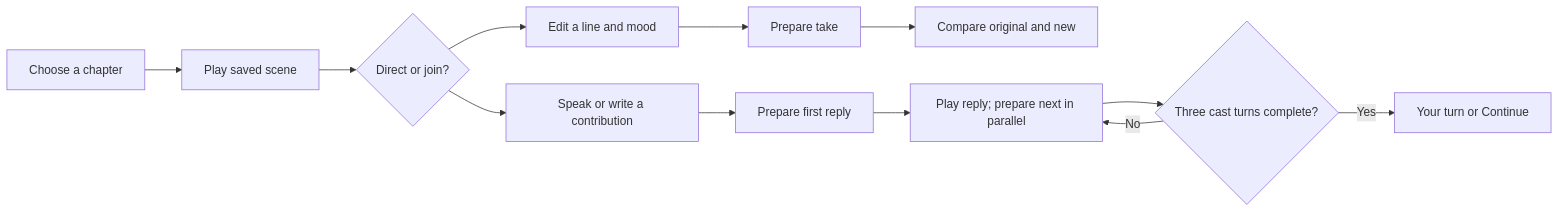
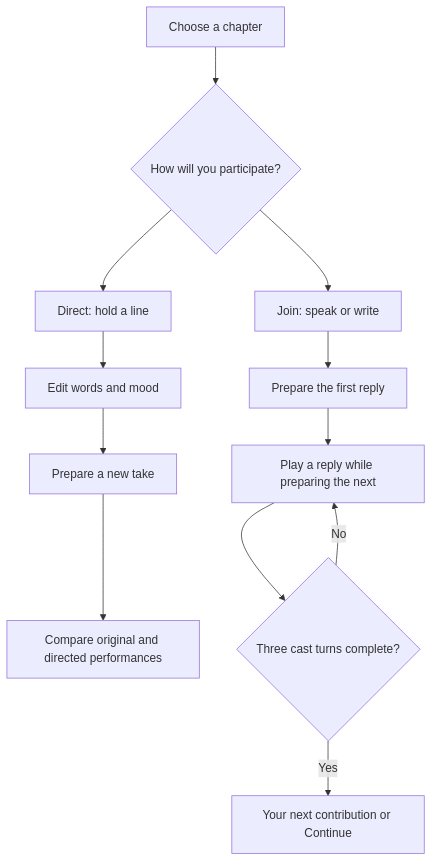
Before and after one commit to navdeepsingh1609/Tales-of-the-Lantern: the second of 2 diagrams in README.md, drawn with Mermaid. The commit also changed other lines of this file, not shown here.

Commit message:
Clarify project overview and architecture

````diff
--- a/README.md
+++ b/README.md
@@ -41,11 +48,13 @@
 ```mermaid
-flowchart LR
-    CH["Choose a chapter"] --> PLAY["Play saved scene"]
-    PLAY --> ROLE{"Direct or join?"}
-    ROLE --> DIRECT["Edit a line and mood"] --> TAKE["Prepare take"] --> COMPARE["Compare original and new"]
-    ROLE --> JOIN["Speak or write a contribution"] --> FIRST["Prepare first reply"]
-    FIRST --> NEXT["Play reply; prepare next in parallel"]
-    NEXT --> DONE{"Three cast turns complete?"}
-    DONE -->|"No"| NEXT
-    DONE -->|"Yes"| TURN["Your turn or Continue"]
+flowchart TD
+    START["Choose a chapter"] --> ROLE{"How will you participate?"}
+    ROLE --> DIRECT["Direct: hold a line"]
+    DIRECT --> EDIT["Edit words and mood"] --> TAKE["Prepare a new take"]
+    TAKE --> COMPARE["Compare original and directed performances"]
+    ROLE --> JOIN["Join: speak or write"]
+    JOIN --> FIRST["Prepare the first reply"]
+    FIRST --> PLAY["Play a reply while preparing the next"]
+    PLAY --> DONE{"Three cast turns complete?"}
+    DONE -->|"No"| PLAY
+    DONE -->|"Yes"| USER["Your next contribution or Continue"]
 ```
````
